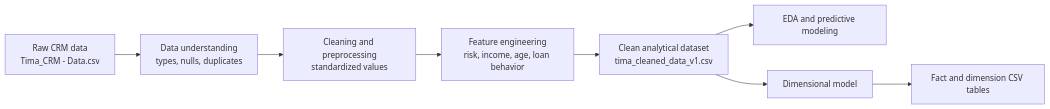
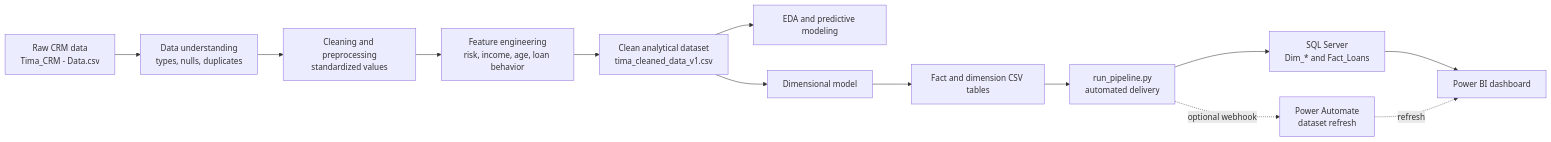
One commit to ThanhVinh-source/TIMA_Bank_Project changed the first of 2 diagrams in README.md. Above: the diagram before and after it, drawn with Mermaid. The commit also changed other lines of this file and 2 other files, not shown here.

````diff
--- a/README.md
+++ b/README.md
@@ -108,10 +125,15 @@
 ```mermaid
 flowchart LR
     A["Raw CRM data<br/>Tima_CRM - Data.csv"] --> B["Data understanding<br/>types, nulls, duplicates"]
     B --> C["Cleaning and preprocessing<br/>standardized values"]
     C --> D["Feature engineering<br/>risk, income, age, loan behavior"]
     D --> E["Clean analytical dataset<br/>tima_cleaned_data_v1.csv"]
     E --> F["EDA and predictive modeling"]
     E --> G["Dimensional model"]
     G --> H["Fact and dimension CSV tables"]
+    H --> I["run_pipeline.py<br/>automated delivery"]
+    I --> J["SQL Server<br/>Dim_* and Fact_Loans"]
+    J --> K["Power BI dashboard"]
+    I -. optional webhook .-> L["Power Automate<br/>dataset refresh"]
+    L -. refresh .-> K
 ```
````
